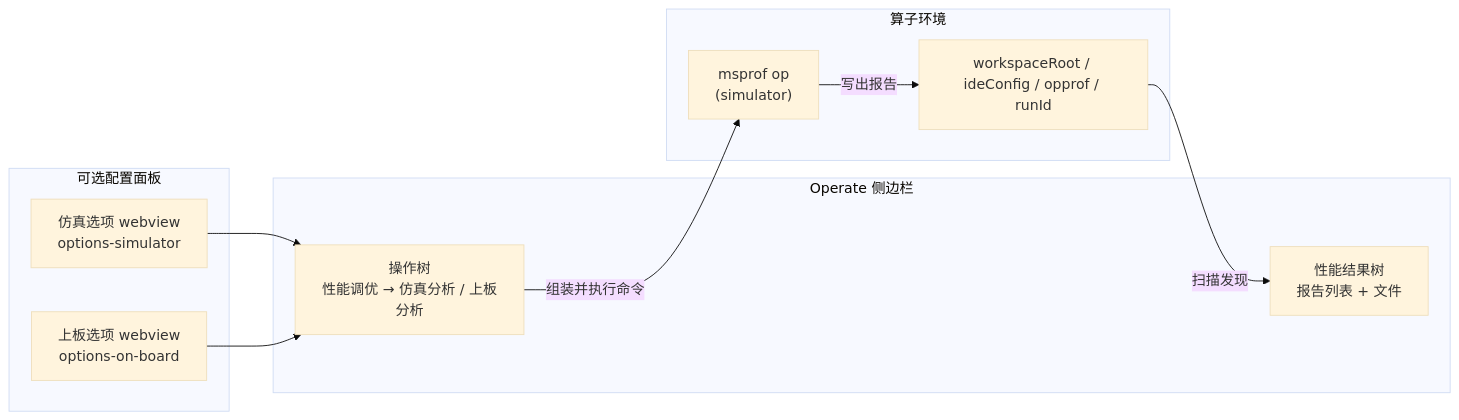
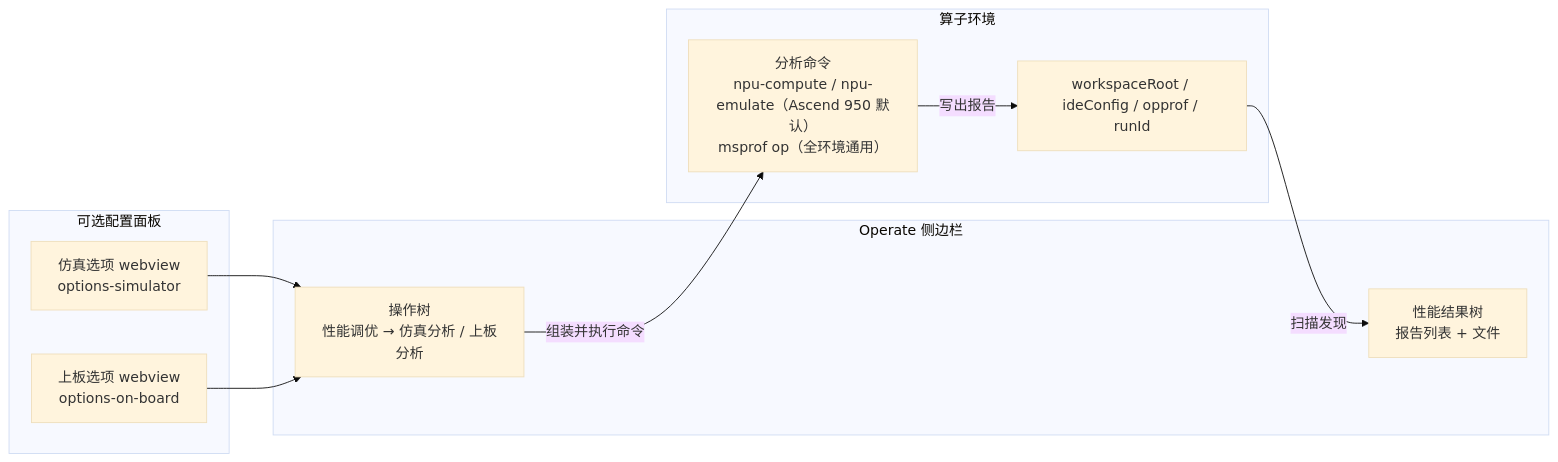
The first of 4 diagrams in docs/onboard_simulation_interaction.md (IdeFrontend/opdev_plugin), drawn with Mermaid (base theme) before and after one commit. The commit also changed other lines of this file and 1 other file, not shown here.

````diff
--- a/docs/onboard_simulation_interaction.md
+++ b/docs/onboard_simulation_interaction.md
@@ -36,21 +36,21 @@
 ```mermaid
 flowchart LR
   subgraph Sidebar["Operate 侧边栏"]
     FlowTree["操作树<br/>性能调优 → 仿真分析 / 上板分析"]
     ResultsTree["性能结果树<br/>报告列表 + 文件"]
   end
   subgraph Panels["可选配置面板"]
     SimOpts["仿真选项 webview<br/>options-simulator"]
     BoardOpts["上板选项 webview<br/>options-on-board"]
   end
   subgraph Runtime["算子环境"]
-    Msprof["msprof op<br/>(simulator)"]
+    CliTool["分析命令<br/>npu-compute / npu-emulate（Ascend 950 默认）<br/>msprof op（全环境通用）"]
     Opprof["workspaceRoot / ideConfig / opprof / runId"]
   end
 
   SimOpts --> FlowTree
   BoardOpts --> FlowTree
-  FlowTree -->|组装并执行命令| Msprof
-  Msprof -->|写出报告| Opprof
+  FlowTree -->|组装并执行命令| CliTool
+  CliTool -->|写出报告| Opprof
   Opprof -->|扫描发现| ResultsTree
 ```
````
